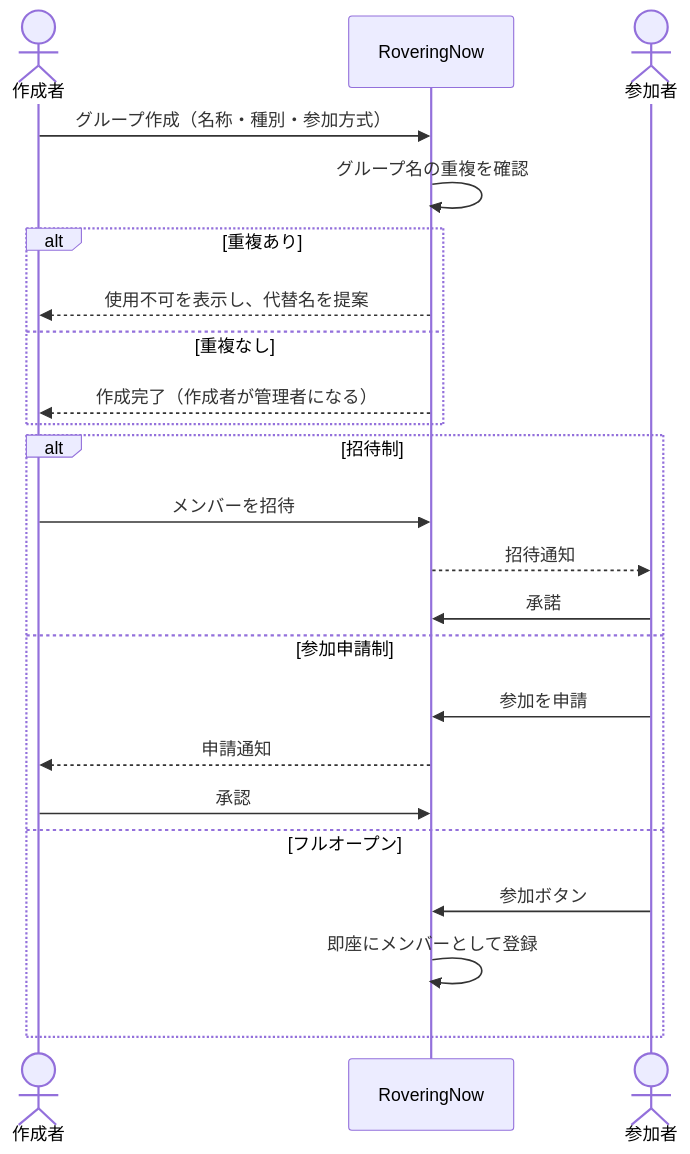
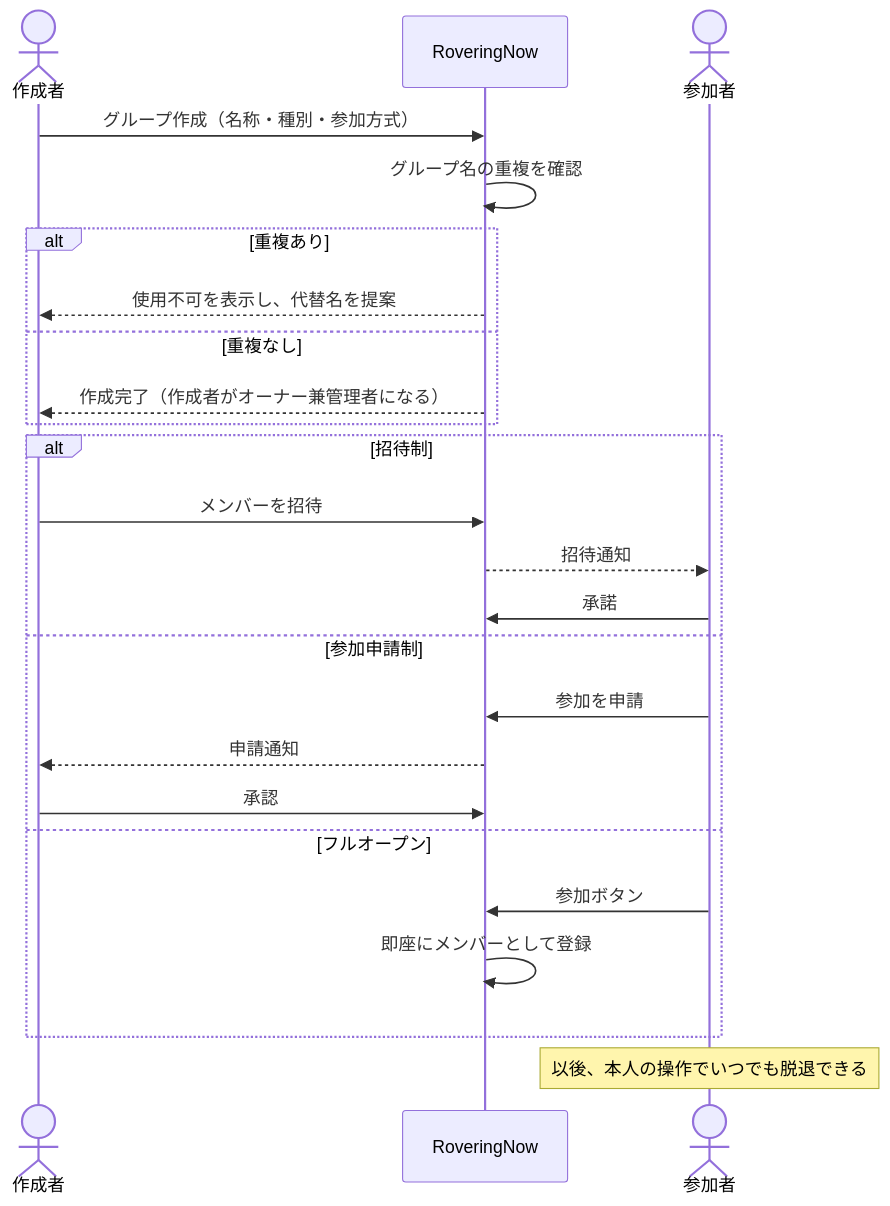
One commit to GitHatake/RoveringNow changed the second of 11 diagrams in docs/10_source/01_basic_design.md. Above: the diagram before and after it, drawn with Mermaid. The commit also changed other lines of this file and 2 other files, not shown here.

````diff
--- a/docs/10_source/01_basic_design.md
+++ b/docs/10_source/01_basic_design.md
@@ -313,27 +355,29 @@
 ```mermaid
 sequenceDiagram
     actor Creator as 作成者
     participant App as RoveringNow
     actor Member as 参加者
 
     Creator->>App: グループ作成（名称・種別・参加方式）
     App->>App: グループ名の重複を確認
     alt 重複あり
         App-->>Creator: 使用不可を表示し、代替名を提案
     else 重複なし
-        App-->>Creator: 作成完了（作成者が管理者になる）
+        App-->>Creator: 作成完了（作成者がオーナー兼管理者になる）
     end
 
     alt 招待制
         Creator->>App: メンバーを招待
         App-->>Member: 招待通知
         Member->>App: 承諾
     else 参加申請制
         Member->>App: 参加を申請
         App-->>Creator: 申請通知
         Creator->>App: 承認
     else フルオープン
         Member->>App: 参加ボタン
         App->>App: 即座にメンバーとして登録
     end
+
+    Note over Member: 以後、本人の操作でいつでも脱退できる
 ```
````
